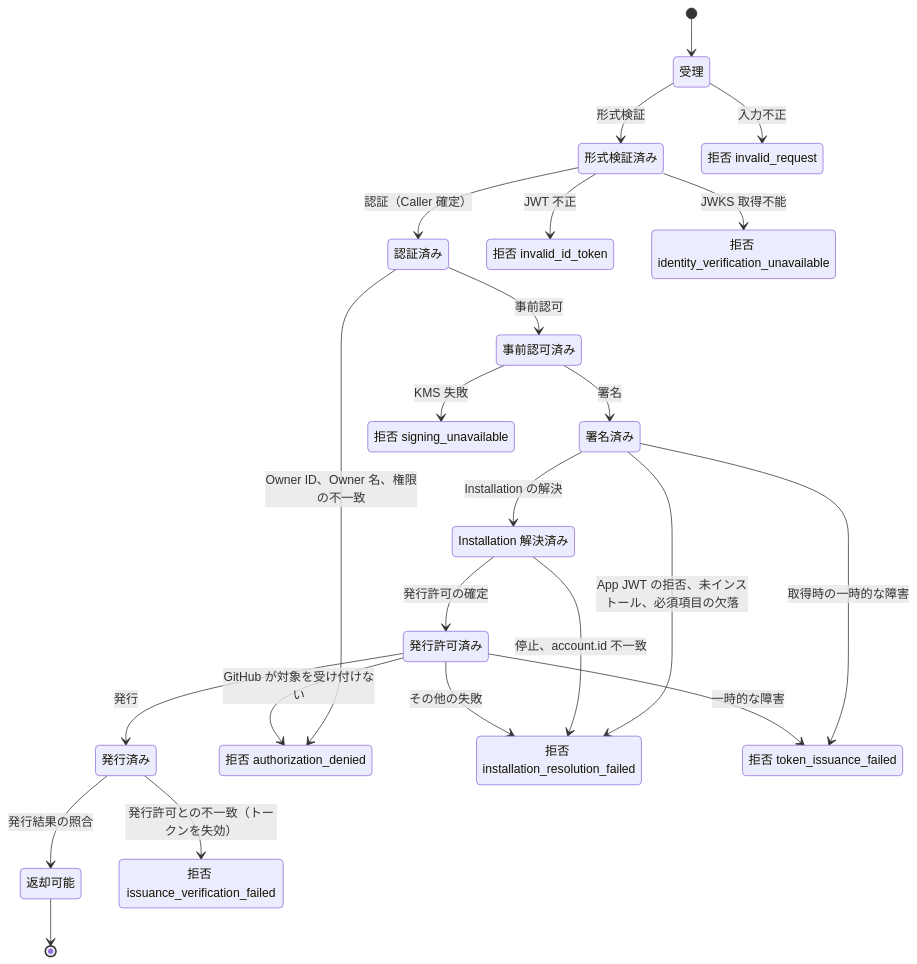
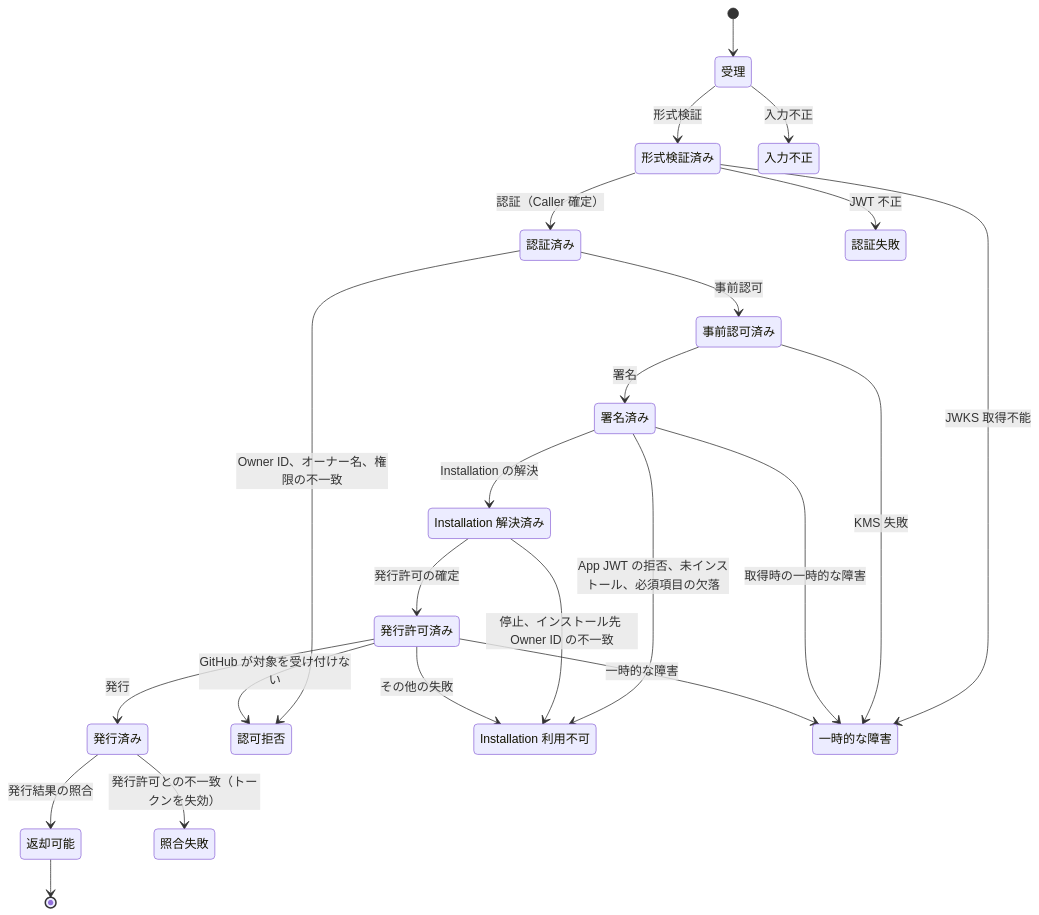
One commit to tmknom/gates changed the second of 3 diagrams in docs/design/domain.md. Above: the diagram before and after it, drawn with Mermaid. The commit also changed other lines of this file and 6 other files, not shown here.

````diff
--- a/docs/design/domain.md
+++ b/docs/design/domain.md
@@ -255,42 +296,40 @@
 ```mermaid
 stateDiagram-v2
   state "受理" as received
   state "形式検証済み" as validated
   state "認証済み" as authenticated
   state "事前認可済み" as preauthorized
   state "署名済み" as signed
   state "Installation 解決済み" as resolved
   state "発行許可済み" as granted
   state "発行済み" as issued
   state "返却可能" as returnable
-  state "拒否 invalid_request" as rej_request
-  state "拒否 invalid_id_token" as rej_token
-  state "拒否 identity_verification_unavailable" as rej_jwks
-  state "拒否 authorization_denied" as rej_authz
-  state "拒否 signing_unavailable" as rej_sign
-  state "拒否 installation_resolution_failed" as rej_resolve
-  state "拒否 token_issuance_failed" as rej_issue
-  state "拒否 issuance_verification_failed" as rej_verify
+  state "入力不正" as rej_request
+  state "認証失敗" as rej_auth
+  state "認可拒否" as rej_authz
+  state "Installation 利用不可" as rej_installation
+  state "照合失敗" as rej_verify
+  state "一時的な障害" as rej_transient
   [*] --> received
   received --> validated : 形式検証
   received --> rej_request : 入力不正
   validated --> authenticated : 認証（Caller 確定）
-  validated --> rej_token : JWT 不正
-  validated --> rej_jwks : JWKS 取得不能
+  validated --> rej_auth : JWT 不正
+  validated --> rej_transient : JWKS 取得不能
   authenticated --> preauthorized : 事前認可
-  authenticated --> rej_authz : Owner ID、Owner 名、権限の不一致
+  authenticated --> rej_authz : Owner ID、オーナー名、権限の不一致
   preauthorized --> signed : 署名
-  preauthorized --> rej_sign : KMS 失敗
+  preauthorized --> rej_transient : KMS 失敗
   signed --> resolved : Installation の解決
-  signed --> rej_resolve : App JWT の拒否、未インストール、必須項目の欠落
-  signed --> rej_issue : 取得時の一時的な障害
+  signed --> rej_installation : App JWT の拒否、未インストール、必須項目の欠落
+  signed --> rej_transient : 取得時の一時的な障害
   resolved --> granted : 発行許可の確定
-  resolved --> rej_resolve : 停止、account.id 不一致
+  resolved --> rej_installation : 停止、インストール先 Owner ID の不一致
   granted --> issued : 発行
   granted --> rej_authz : GitHub が対象を受け付けない
-  granted --> rej_issue : 一時的な障害
-  granted --> rej_resolve : その他の失敗
+  granted --> rej_transient : 一時的な障害
+  granted --> rej_installation : その他の失敗
   issued --> returnable : 発行結果の照合
   issued --> rej_verify : 発行許可との不一致（トークンを失効）
   returnable --> [*]
 ```
````
